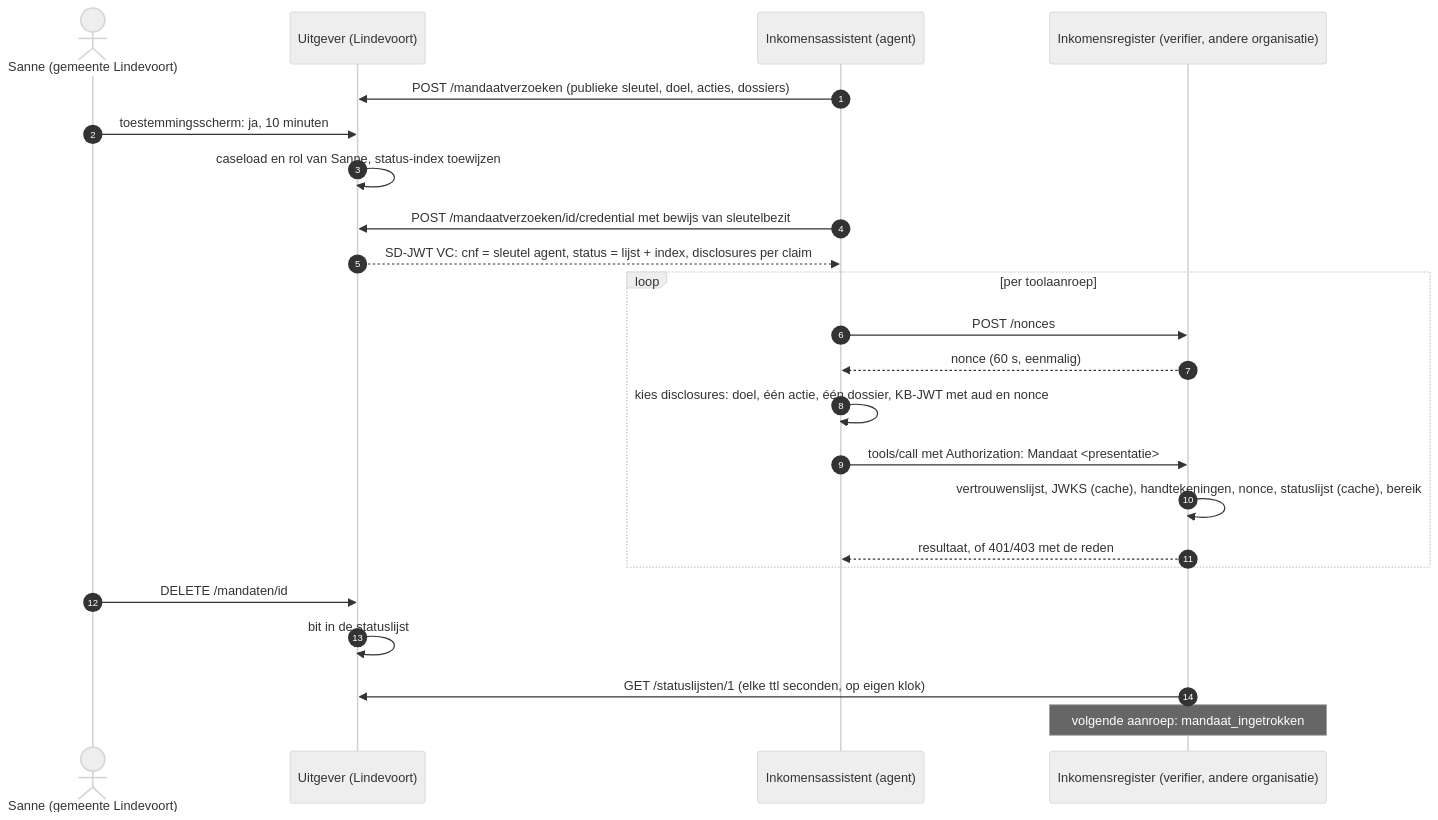
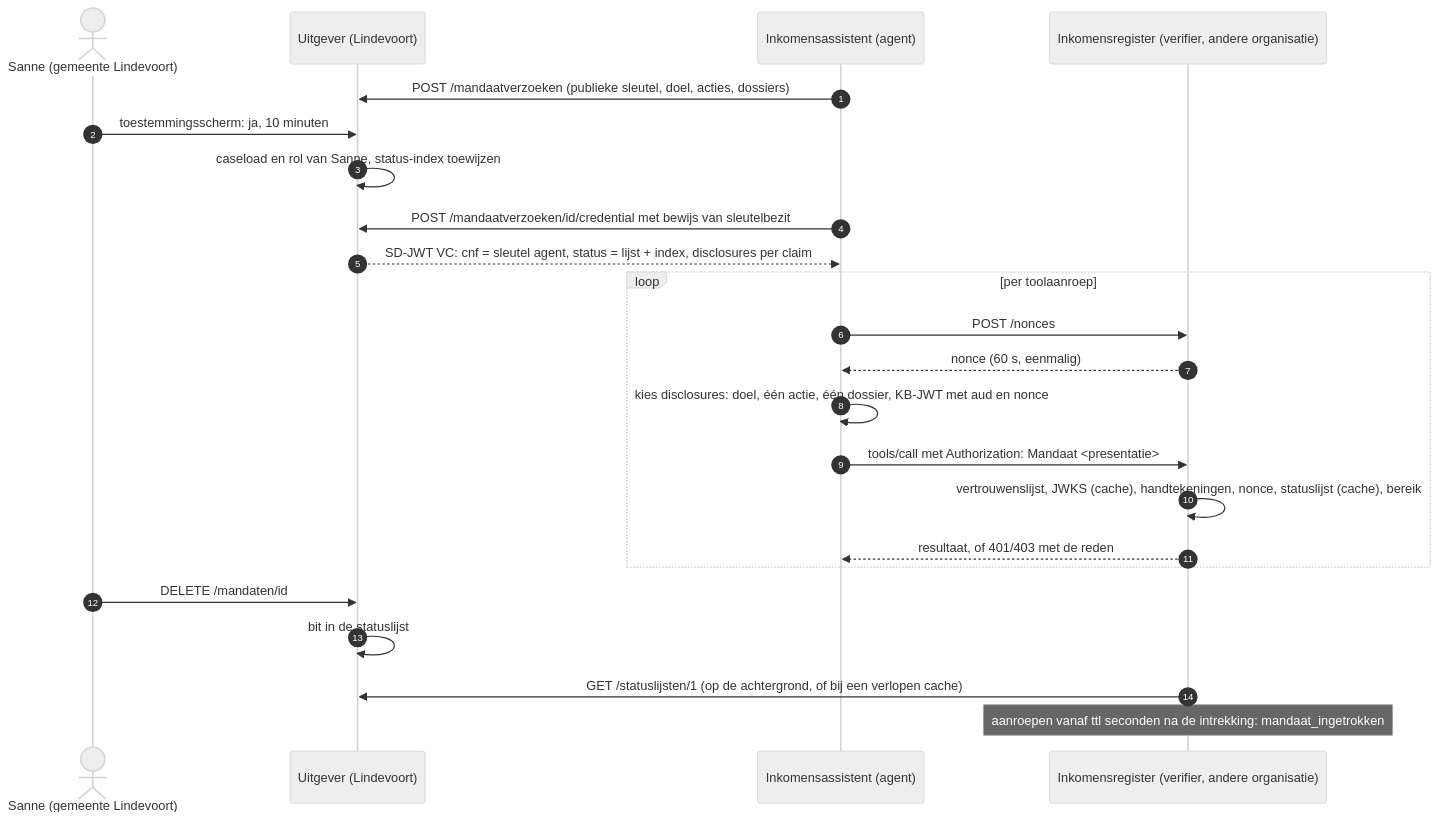
Before and after one commit to oomny-nl/agent-mandaatbewijs: the diagram in README.md, drawn with Mermaid (neutral theme). The commit also changed other lines of this file and 40 other files, not shown here.

````diff
--- a/README.md
+++ b/README.md
@@ -79,26 +89,26 @@
 ```mermaid
 sequenceDiagram
     autonumber
     actor S as Sanne (gemeente Lindevoort)
     participant U as Uitgever (Lindevoort)
     participant A as Inkomensassistent (agent)
     participant R as Inkomensregister (verifier, andere organisatie)
 
     A->>U: POST /mandaatverzoeken (publieke sleutel, doel, acties, dossiers)
     S->>U: toestemmingsscherm: ja, 10 minuten
     U->>U: caseload en rol van Sanne, status-index toewijzen
     A->>U: POST /mandaatverzoeken/id/credential met bewijs van sleutelbezit
     U-->>A: SD-JWT VC: cnf = sleutel agent, status = lijst + index, disclosures per claim
     loop per toolaanroep
         A->>R: POST /nonces
         R-->>A: nonce (60 s, eenmalig)
         A->>A: kies disclosures: doel, één actie, één dossier, KB-JWT met aud en nonce
         A->>R: tools/call met Authorization: Mandaat <presentatie>
         R->>R: vertrouwenslijst, JWKS (cache), handtekeningen, nonce, statuslijst (cache), bereik
         R-->>A: resultaat, of 401/403 met de reden
     end
     S->>U: DELETE /mandaten/id
     U->>U: bit in de statuslijst
-    R->>U: GET /statuslijsten/1 (elke ttl seconden, op eigen klok)
-    Note over R: volgende aanroep: mandaat_ingetrokken
+    R->>U: GET /statuslijsten/1 (op de achtergrond, of bij een verlopen cache)
+    Note over R: aanroepen vanaf ttl seconden na de intrekking: mandaat_ingetrokken
 ```
````
